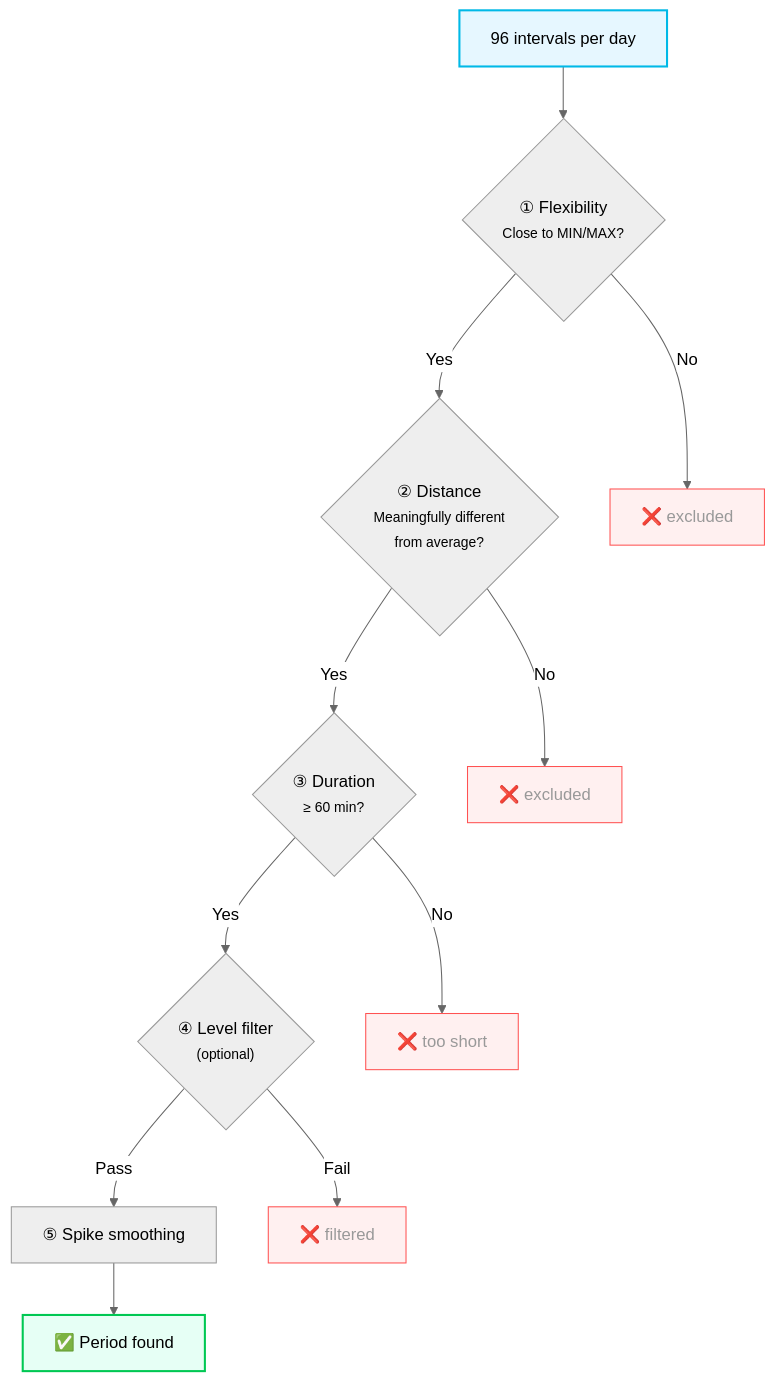
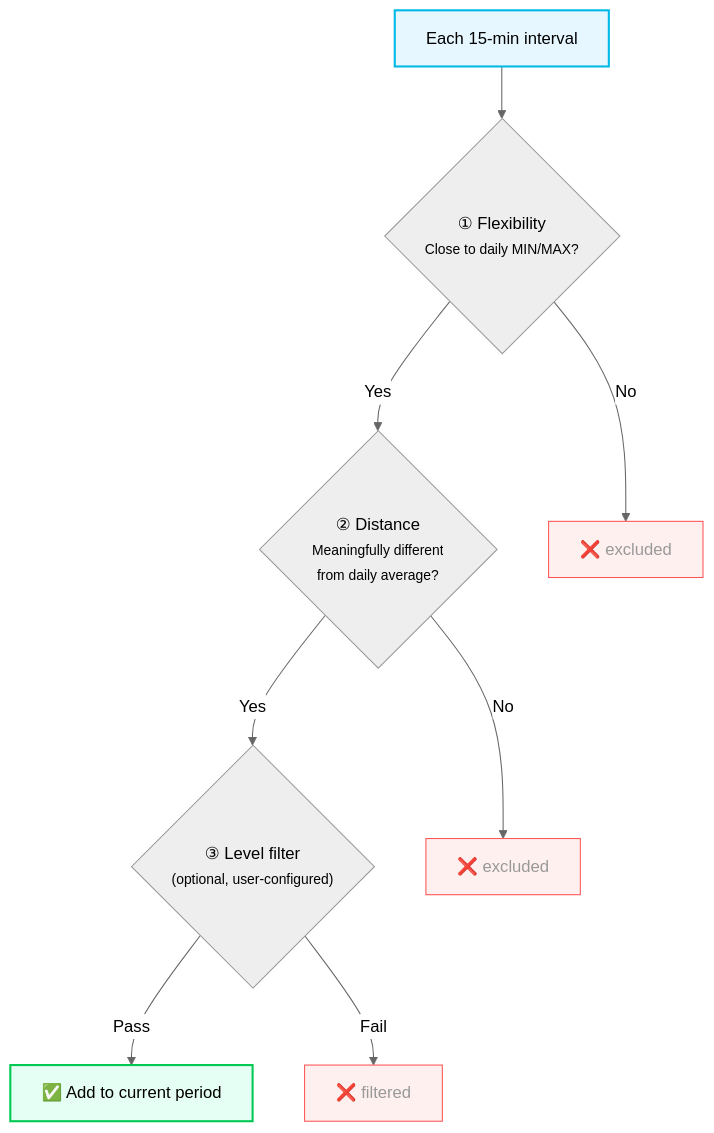
One commit to jpawlowski/hass.tibber_prices changed the third of 4 diagrams in docs/user/docs/period-calculation.md. Above: the diagram before and after it, drawn with Mermaid (neutral theme). The commit also changed other lines of this file and 3 other files, not shown here.

````diff
--- a/docs/user/docs/period-calculation.md
+++ b/docs/user/docs/period-calculation.md
@@ -90,20 +185,16 @@
 ```mermaid
 flowchart TD
-    A["96 intervals per day"] --> B{"① Flexibility<br/><small>Close to MIN/MAX?</small>"}
-    B -->|Yes| C{"② Distance<br/><small>Meaningfully different<br/>from average?</small>"}
+    A["Each 15-min interval"] --> B{"① Flexibility<br/><small>Close to daily MIN/MAX?</small>"}
+    B -->|Yes| C{"② Distance<br/><small>Meaningfully different<br/>from daily average?</small>"}
     B -->|No| X1["❌ excluded"]
-    C -->|Yes| D{"③ Duration<br/><small>≥ 60 min?</small>"}
+    C -->|Yes| D{"③ Level filter<br/><small>(optional, user-configured)</small>"}
     C -->|No| X2["❌ excluded"]
-    D -->|Yes| E{"④ Level filter<br/><small>(optional)</small>"}
-    D -->|No| X3["❌ too short"]
-    E -->|Pass| F["⑤ Spike smoothing"]
-    E -->|Fail| X4["❌ filtered"]
-    F --> G["✅ Period found"]
+    D -->|Pass| E["✅ Add to current period"]
+    D -->|Fail| X3["❌ filtered"]
 
     style A fill:#e6f7ff,stroke:#00b9e7,stroke-width:2px
-    style G fill:#e6fff5,stroke:#00c853,stroke-width:2px
+    style E fill:#e6fff5,stroke:#00c853,stroke-width:2px
     style X1 fill:#fff0f0,stroke:#ff5252,stroke-width:1px,color:#999
     style X2 fill:#fff0f0,stroke:#ff5252,stroke-width:1px,color:#999
     style X3 fill:#fff0f0,stroke:#ff5252,stroke-width:1px,color:#999
-    style X4 fill:#fff0f0,stroke:#ff5252,stroke-width:1px,color:#999
 ```
````
